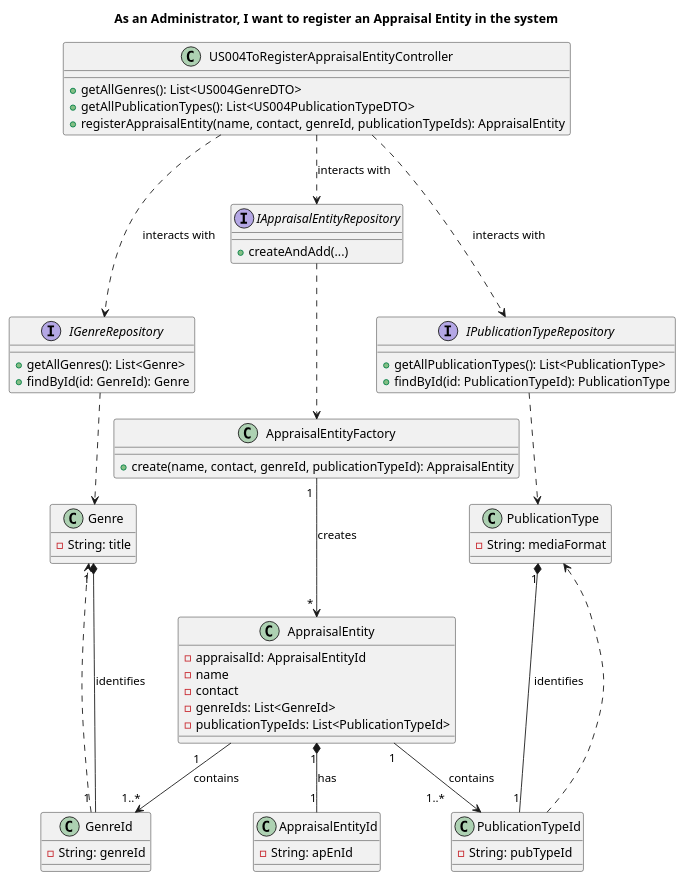
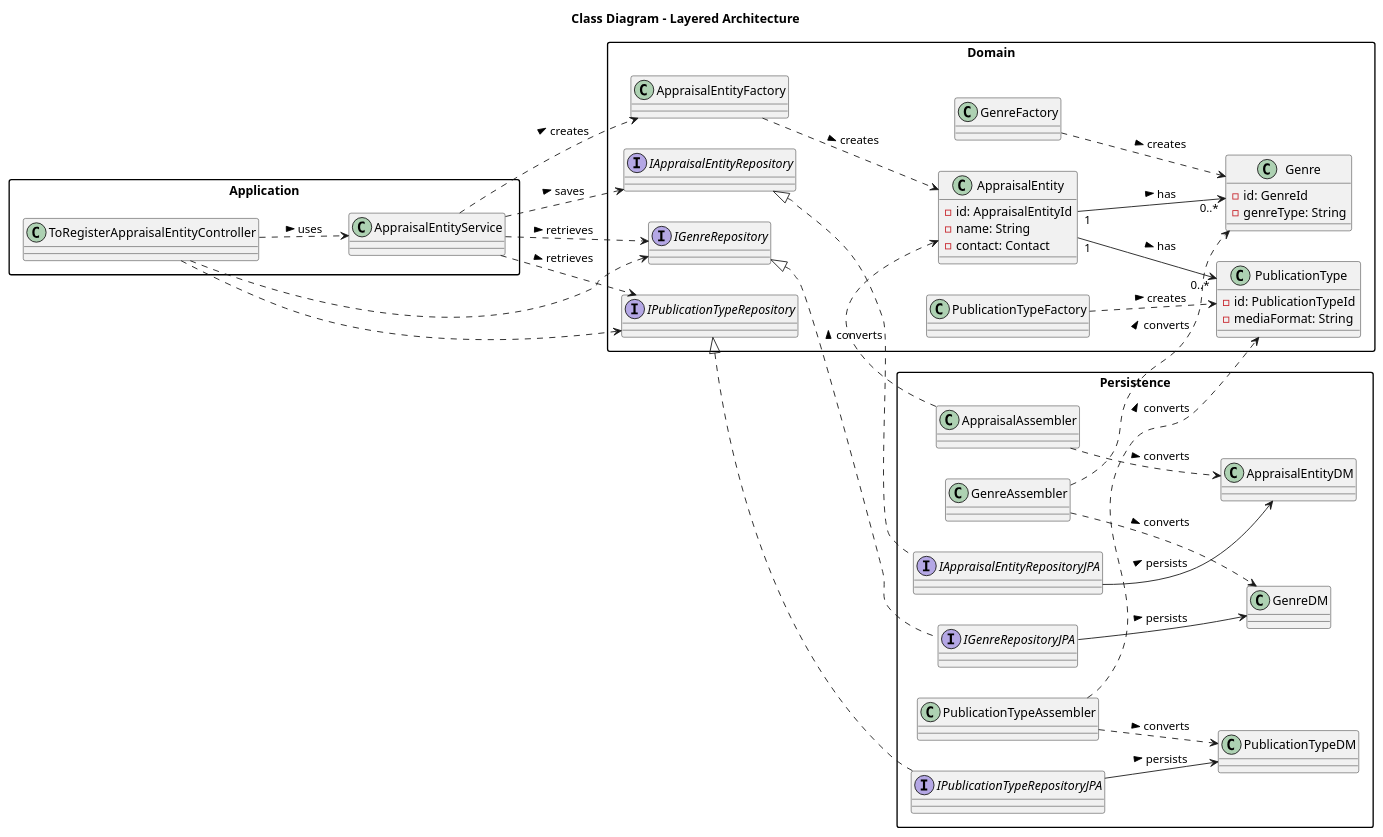
The diagram in Diagrams/ClassDiagrams/To-register-an-appraisal-entity.puml (AndrePereiraGitH/SWitCH-Project-Team_A), drawn with PlantUML before and after one commit.

Commit message:
doc #709: refactoring CD to include persistence layer

```diff
--- a/Diagrams/ClassDiagrams/To-register-an-appraisal-entity.puml
+++ b/Diagrams/ClassDiagrams/To-register-an-appraisal-entity.puml
@@ -1,113 +1,103 @@
 @startuml
-title As an Administrator, I want to register an Appraisal Entity in the system
+title Class Diagram - Layered Architecture
 
-' ========================
-' UI + APPLICATION LAYER
-' ========================
+skinparam packageStyle rectangle
+left to right direction
 
-class US004ToRegisterAppraisalEntityController {
-  +getAllGenres(): List<US004GenreDTO>
-  +getAllPublicationTypes(): List<US004PublicationTypeDTO>
-  +registerAppraisalEntity(name, contact, genreId, publicationTypeIds): AppraisalEntity
+' =========================
+' APPLICATION LAYER
+' =========================
+package "Application" {
+
+class "ToRegisterAppraisalEntityController" as Controller
+class "AppraisalEntityService" as Service
+
+Controller ..> Service : uses >
 }
 
+' =========================
+' DOMAIN LAYER
+' =========================
+package "Domain" as DomainPkg {
 
-' ========================
-' DOMAIN LAYER
-' ========================
-
-' -------- Aggregate Root --------
 class AppraisalEntity {
-  -appraisalId: AppraisalEntityId
-  -name
-  -contact
-  -genreIds: List<GenreId>
-  -publicationTypeIds: List<PublicationTypeId>
+  -id: AppraisalEntityId
+  -name: String
+  -contact: Contact
 }
 
-class AppraisalEntityId {
-  -String: apEnId
+class Genre {
+  -id: GenreId
+  -genreType: String
+}
+class PublicationType{
+  -id: PublicationTypeId
+  -mediaFormat: String
 }
 
-AppraisalEntity "1" *-- "1" AppraisalEntityId : has
+class AppraisalEntityFactory
+class GenreFactory
+class PublicationTypeFactory
+
+interface IAppraisalEntityRepository
+interface IGenreRepository
+interface IPublicationTypeRepository
+
+AppraisalEntity "1" --> "0..*" Genre : has >
+AppraisalEntity "1" --> "0..*" PublicationType : has >
+
+Service ..> AppraisalEntityFactory : creates >
+Service ..> IAppraisalEntityRepository : saves >
+Service ..> IGenreRepository : retrieves >
+Service ..> IPublicationTypeRepository : retrieves >
+
+AppraisalEntityFactory ..> AppraisalEntity : creates >
+GenreFactory ..> Genre : creates >
+PublicationTypeFactory ..> PublicationType : creates >
 
 
-' -------- Genre --------
-class Genre {
-  -String: title
 }
 
-class GenreId {
-  -String: genreId
+' =========================
+' PERSISTENCE LAYER
+' =========================
+package "Persistence" as PersistPkg {
+
+class AppraisalEntityDM
+class GenreDM
+class PublicationTypeDM
+
+class AppraisalAssembler
+class GenreAssembler
+class PublicationTypeAssembler
+
+interface IAppraisalEntityRepositoryJPA
+interface IGenreRepositoryJPA
+interface IPublicationTypeRepositoryJPA
+
+AppraisalAssembler ..> AppraisalEntity : converts >
+AppraisalAssembler ..> AppraisalEntityDM : converts >
+
+GenreAssembler ....> Genre : converts >
+GenreAssembler ..> GenreDM : converts >
+
+PublicationTypeAssembler ..> PublicationType : converts >
+PublicationTypeAssembler ..> PublicationTypeDM : converts >
+
+IAppraisalEntityRepositoryJPA --> AppraisalEntityDM : persists >
+IGenreRepositoryJPA --> GenreDM : persists >
+IPublicationTypeRepositoryJPA --> PublicationTypeDM : persists >
 }
 
-Genre "   1 " *--- "        1 " GenreId : identifies
+' =========================
+' CROSS LAYER
+' =========================
 
+Controller ..> IGenreRepository
+Controller ..> IPublicationTypeRepository
 
-' -------- PublicationType --------
-class PublicationType {
-  -String: mediaFormat
-}
-
-class PublicationTypeId {
-  -String: pubTypeId
-}
-
-PublicationType "1" *--- "1" PublicationTypeId : identifies
-
-
-' ========================
-' INTERACTIONS
-' ========================
-
-AppraisalEntity "    1       " --> "      1..*" GenreId : contains
-AppraisalEntity "1  " --> "  1..*        " PublicationTypeId : contains
-
-GenreId ..> Genre
-PublicationTypeId ..> PublicationType
-
-
-' ========================
-' REPOSITORIES
-' ========================
-
-interface IGenreRepository {
-  +getAllGenres(): List<Genre>
-  +findById(id: GenreId): Genre
-}
-
-interface IPublicationTypeRepository {
-  +getAllPublicationTypes(): List<PublicationType>
-  +findById(id: PublicationTypeId): PublicationType
-}
-
-interface IAppraisalEntityRepository {
-  +createAndAdd(...)
-}
-
-
-IGenreRepository ..> Genre
-IPublicationTypeRepository ..> PublicationType
-IAppraisalEntityRepository ..> AppraisalEntityFactory
-
-
-' ========================
-' FACTORY
-' ========================
-
-class AppraisalEntityFactory {
-  +create(name, contact, genreId, publicationTypeId): AppraisalEntity
-}
-
-AppraisalEntityFactory "   1 " --> "  * " AppraisalEntity : creates
-
-
-' ========================
-' DEPENDENCIES
-' ========================
-
-US004ToRegisterAppraisalEntityController ...> IGenreRepository : interacts with
-US004ToRegisterAppraisalEntityController ...> IPublicationTypeRepository : interacts with
-US004ToRegisterAppraisalEntityController ..> IAppraisalEntityRepository : interacts with
+IAppraisalEntityRepository <|.. IAppraisalEntityRepositoryJPA
+IGenreRepository <|.. IGenreRepositoryJPA
+IPublicationTypeRepository <|.. IPublicationTypeRepositoryJPA
 
 @enduml
```
